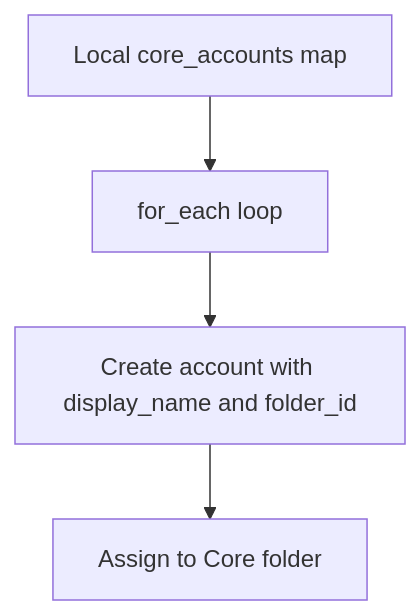
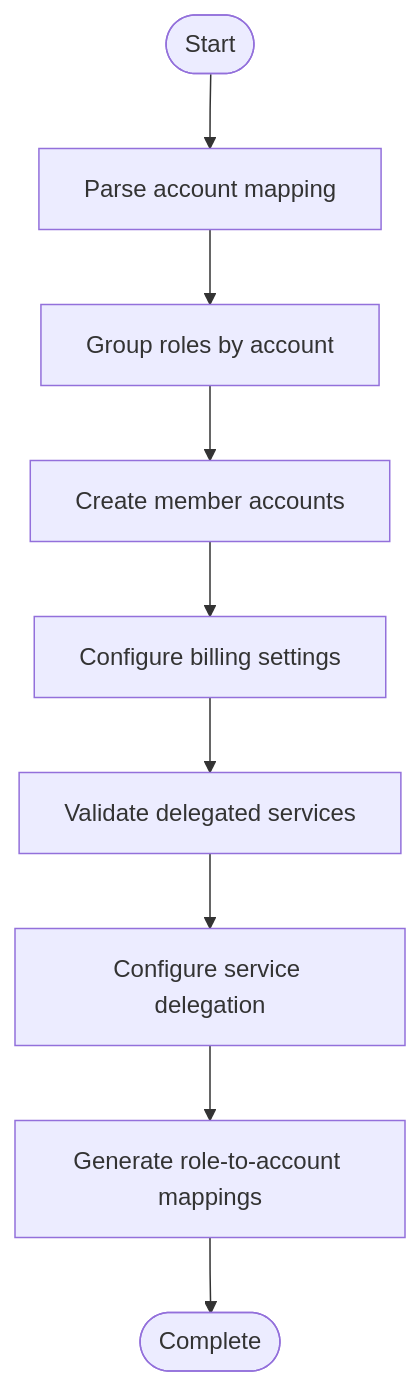
One commit to AlibabaCloudLandingZone/alibabacloud-landingzone-accelerator-github-demo changed the fourth of 5 diagrams in .qoder/repowiki/en/content/Bootstrap Infrastructure/Organization Structure Setup.md. Above: the diagram before and after it, drawn with Mermaid. The commit also changed other lines of this file and 110 other files, not shown here.

````diff
--- a/.qoder/repowiki/en/content/Bootstrap Infrastructure/Organization Structure Setup.md
+++ b/.qoder/repowiki/en/content/Bootstrap Infrastructure/Organization Structure Setup.md
@@ -167,6 +195,11 @@
 ```mermaid
 flowchart TD
-LocalMap["Local core_accounts map"] --> ForEach["for_each loop"]
-ForEach --> CreateAcc["Create account with display_name and folder_id"]
-CreateAcc --> AssignFolder["Assign to Core folder"]
+Start(["Start"]) --> ParseMapping["Parse account mapping"]
+ParseMapping --> GroupRoles["Group roles by account"]
+GroupRoles --> CreateAccounts["Create member accounts"]
+CreateAccounts --> ConfigureBilling["Configure billing settings"]
+ConfigureBilling --> ValidateServices["Validate delegated services"]
+ValidateServices --> ConfigureDelegation["Configure service delegation"]
+ConfigureDelegation --> GenerateMappings["Generate role-to-account mappings"]
+GenerateMappings --> End(["Complete"])
 ```
````
